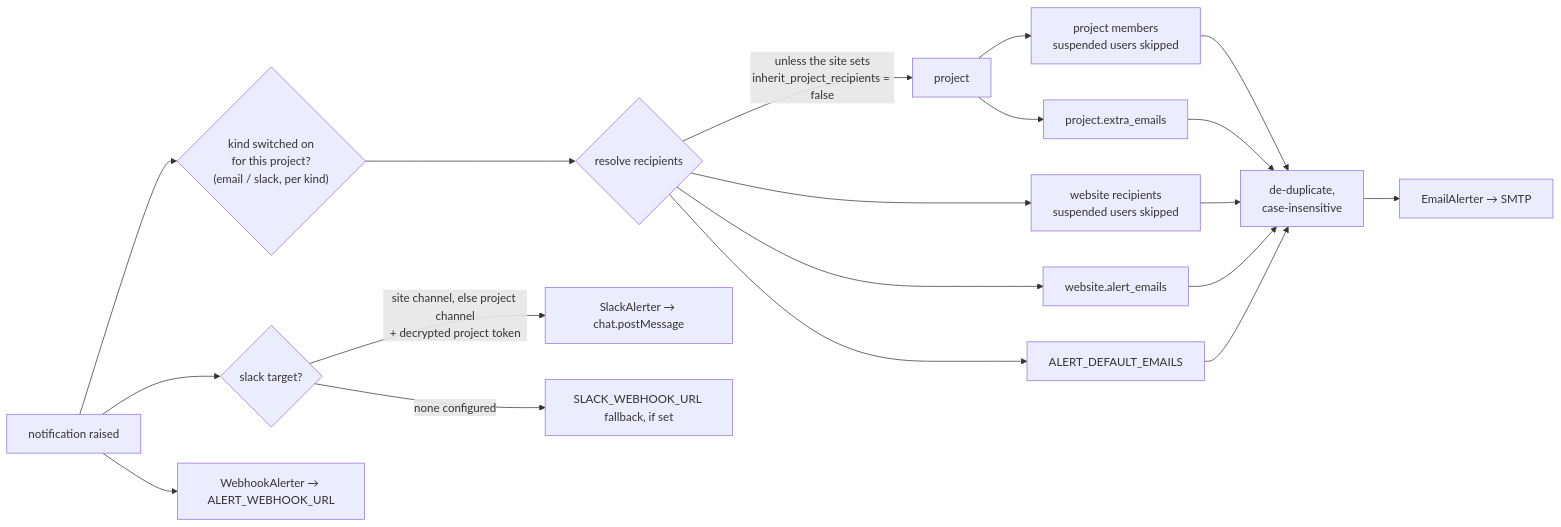
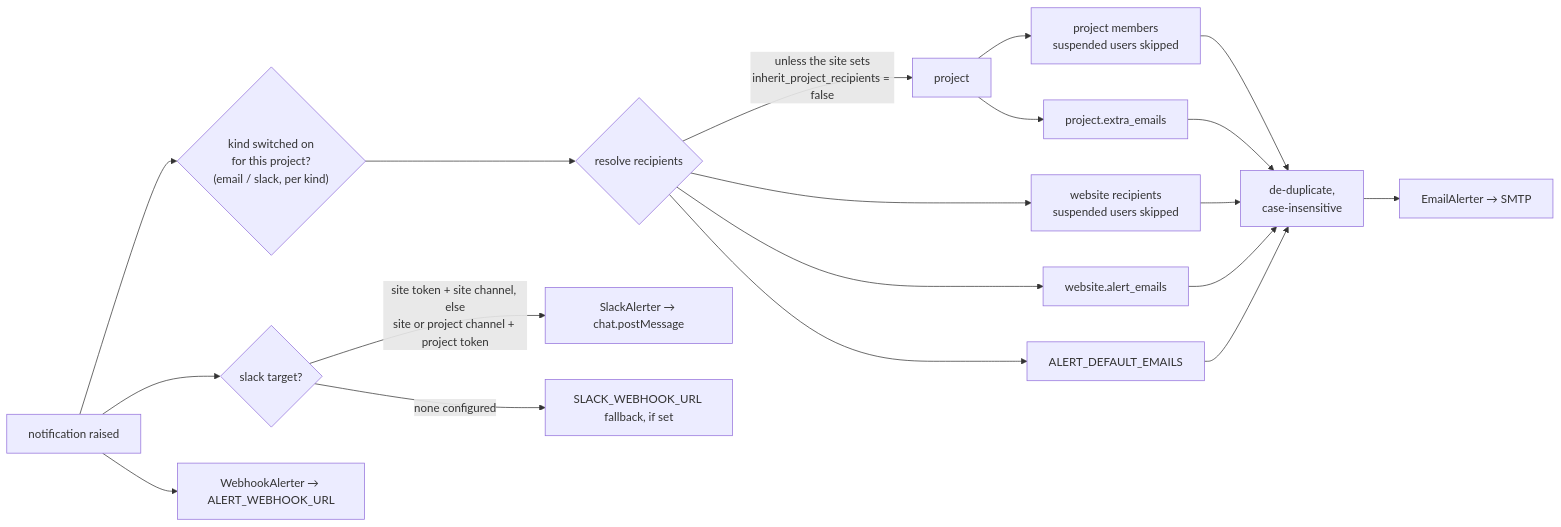
The sixth of 6 diagrams in doc/hld.md (TahjibNil75/watchly), drawn with Mermaid before and after one commit. The commit also changed other lines of this file and 12 other files, not shown here.

````diff
--- a/doc/hld.md
+++ b/doc/hld.md
@@ -371,19 +372,19 @@
 ```mermaid
 flowchart LR
     E["notification raised"] --> T{"kind switched on<br/>for this project?<br/>(email / slack, per kind)"}
     T --> R{"resolve recipients"}
     R -->|"unless the site sets<br/>inherit_project_recipients = false"| P["project"]
     P --> M["project members<br/>suspended users skipped"]
     P --> PE["project.extra_emails"]
     R --> SU["website recipients<br/>suspended users skipped"]
     R --> SE["website.alert_emails"]
     R --> GE["ALERT_DEFAULT_EMAILS"]
     M & PE & SU & SE & GE --> D["de-duplicate,<br/>case-insensitive"]
     D --> EM["EmailAlerter → SMTP"]
 
     E --> S{"slack target?"}
-    S -->|"site channel, else project channel<br/>+ decrypted project token"| SL["SlackAlerter → chat.postMessage"]
+    S -->|"site token + site channel, else<br/>site or project channel + project token"| SL["SlackAlerter → chat.postMessage"]
     S -->|"none configured"| FB["SLACK_WEBHOOK_URL fallback, if set"]
 
     E --> WH["WebhookAlerter → ALERT_WEBHOOK_URL"]
 ```
````
